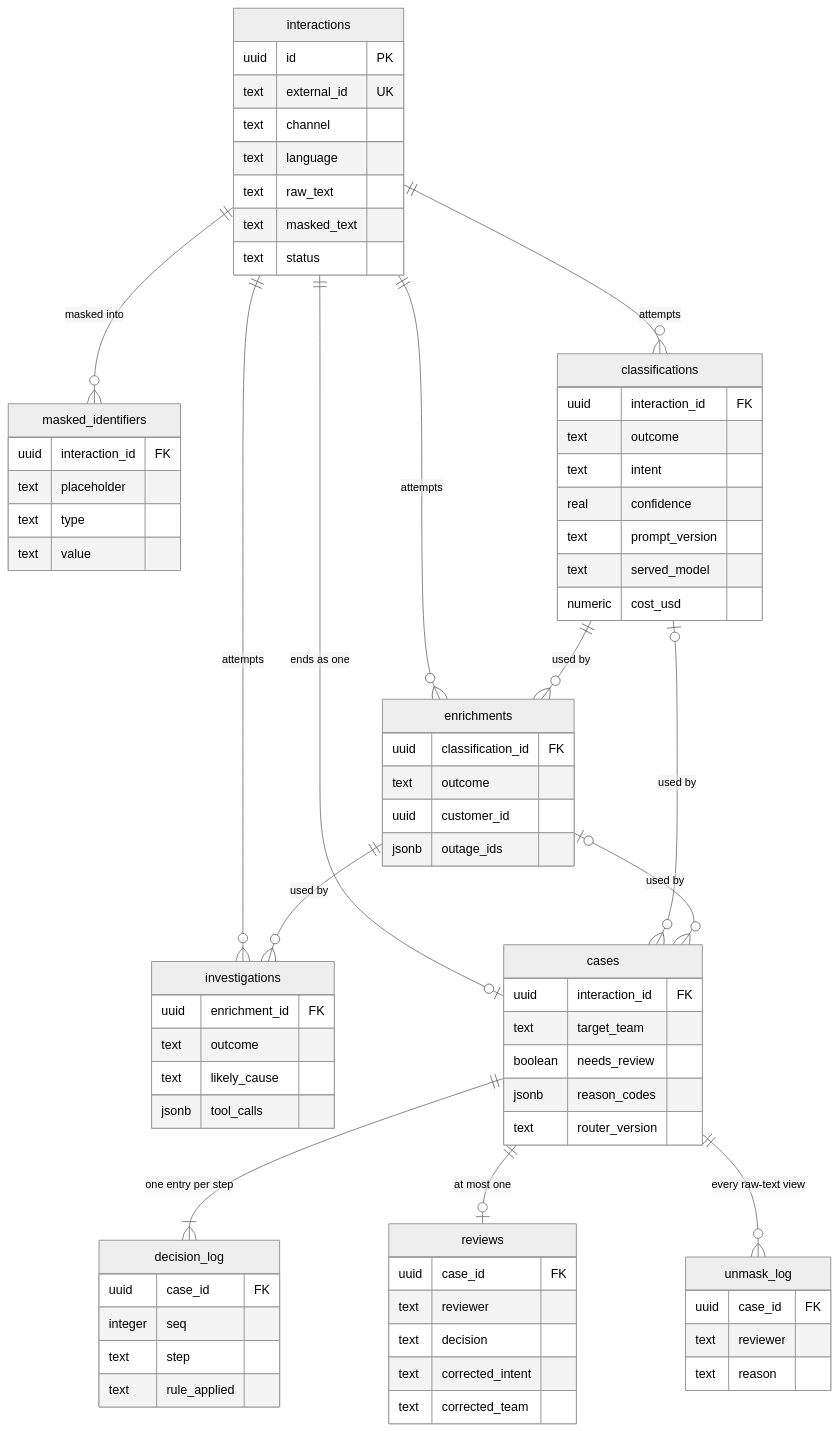
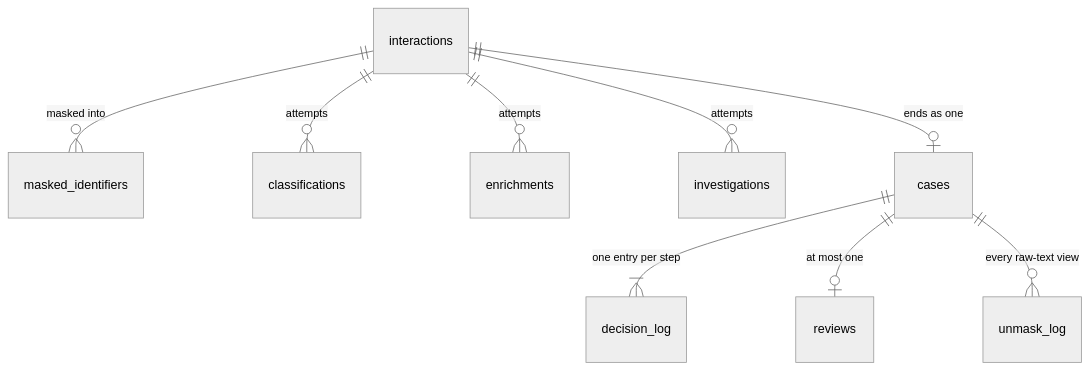
The third of 3 diagrams in README.md (ivan-jankovic/customer-interaction-triage), drawn with Mermaid (neutral theme) before and after one commit. The commit also changed other lines of this file and 3 other files, not shown here.

Commit message:
P14: README shows the data model's shape; the column diagrams move to the guide

````diff
--- a/README.md
+++ b/README.md
@@ -77,77 +77,11 @@
 ```mermaid
 erDiagram
   interactions ||--o{ masked_identifiers : "masked into"
   interactions ||--o{ classifications : "attempts"
   interactions ||--o{ enrichments : "attempts"
   interactions ||--o{ investigations : "attempts"
   interactions ||--o| cases : "ends as one"
-  classifications ||--o{ enrichments : "used by"
-  enrichments ||--o{ investigations : "used by"
-  classifications |o--o{ cases : "used by"
-  enrichments |o--o{ cases : "used by"
   cases ||--|{ decision_log : "one entry per step"
   cases ||--o| reviews : "at most one"
   cases ||--o{ unmask_log : "every raw-text view"
-
-  interactions {
-    uuid id PK
-    text external_id UK
-    text channel
-    text language
-    text raw_text
-    text masked_text
-    text status
-  }
-  masked_identifiers {
-    uuid interaction_id FK
-    text placeholder
-    text type
-    text value
-  }
-  classifications {
-    uuid interaction_id FK
-    text outcome
-    text intent
-    real confidence
-    text prompt_version
-    text served_model
-    numeric cost_usd
-  }
-  enrichments {
-    uuid classification_id FK
-    text outcome
-    uuid customer_id
-    jsonb outage_ids
-  }
-  investigations {
-    uuid enrichment_id FK
-    text outcome
-    text likely_cause
-    jsonb tool_calls
-  }
-  cases {
-    uuid interaction_id FK
-    text target_team
-    boolean needs_review
-    jsonb reason_codes
-    text router_version
-  }
-  decision_log {
-    uuid case_id FK
-    integer seq
-    text step
-    text rule_applied
-  }
-  reviews {
-    uuid case_id FK
-    text reviewer
-    text decision
-    text corrected_intent
-    text corrected_team
-  }
-  unmask_log {
-    uuid case_id FK
-    text reviewer
-    text reason
-  }
 ```
````
